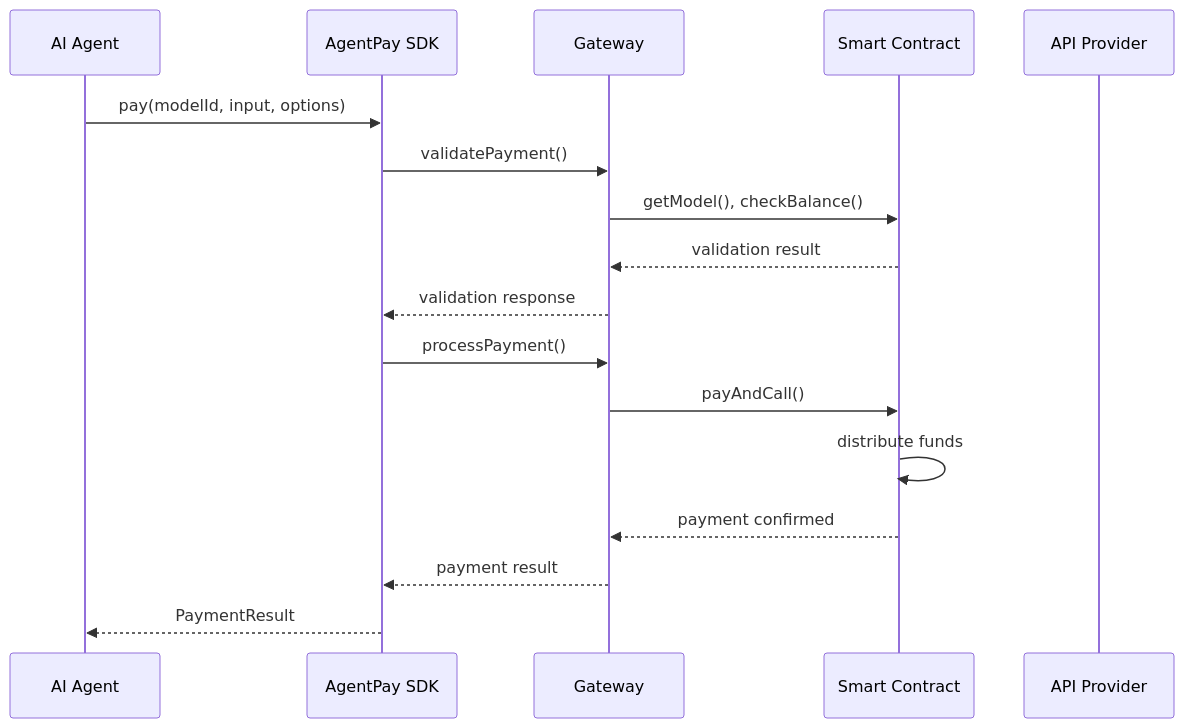
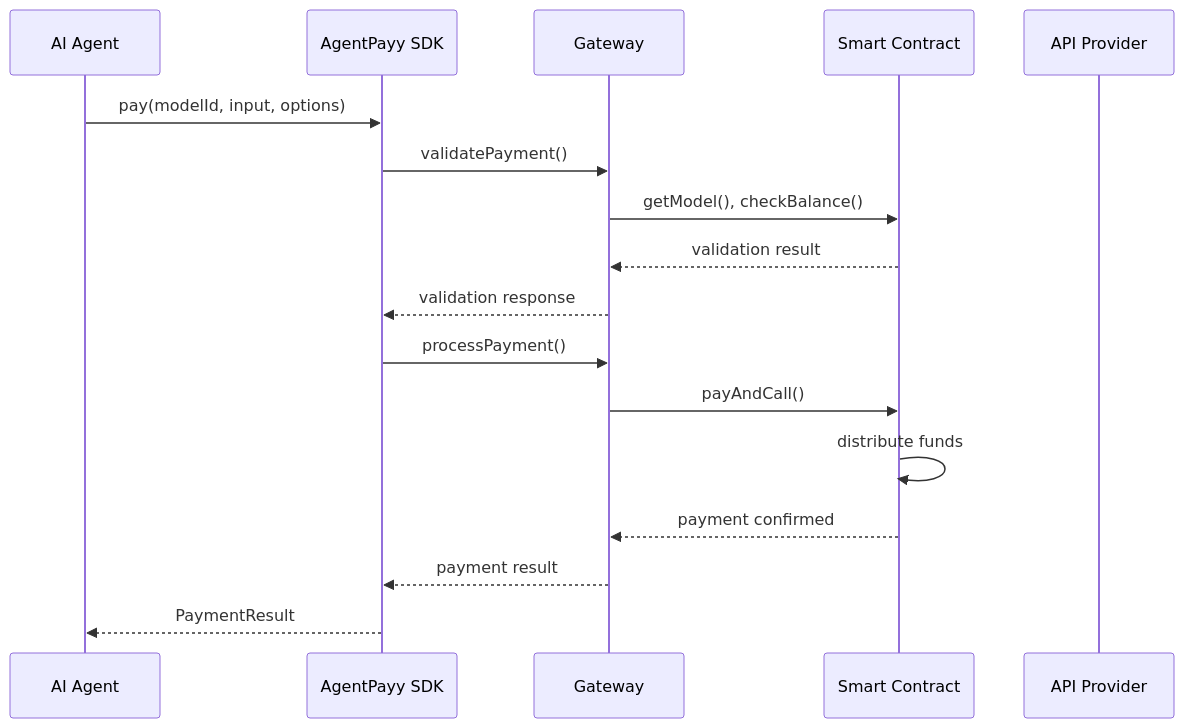
Before and after one commit to AgentPayy/AgentPayy: the second of 3 diagrams in ARCHITECTURE.md, drawn with Mermaid. The commit also changed other lines of this file and 54 other files, not shown here.

````diff
--- a/ARCHITECTURE.md
+++ b/ARCHITECTURE.md
@@ -301,20 +301,20 @@
 ```mermaid
 sequenceDiagram
     participant Agent as AI Agent
-    participant SDK as AgentPay SDK
+    participant SDK as AgentPayy SDK
     participant Gateway as Gateway
     participant Contract as Smart Contract
     participant API as API Provider
     
     Agent->>SDK: pay(modelId, input, options)
     SDK->>Gateway: validatePayment()
     Gateway->>Contract: getModel(), checkBalance()
     Contract-->>Gateway: validation result
     Gateway-->>SDK: validation response
     SDK->>Gateway: processPayment()
     Gateway->>Contract: payAndCall()
     Contract->>Contract: distribute funds
     Contract-->>Gateway: payment confirmed
     Gateway-->>SDK: payment result
     SDK-->>Agent: PaymentResult
 ```
````
